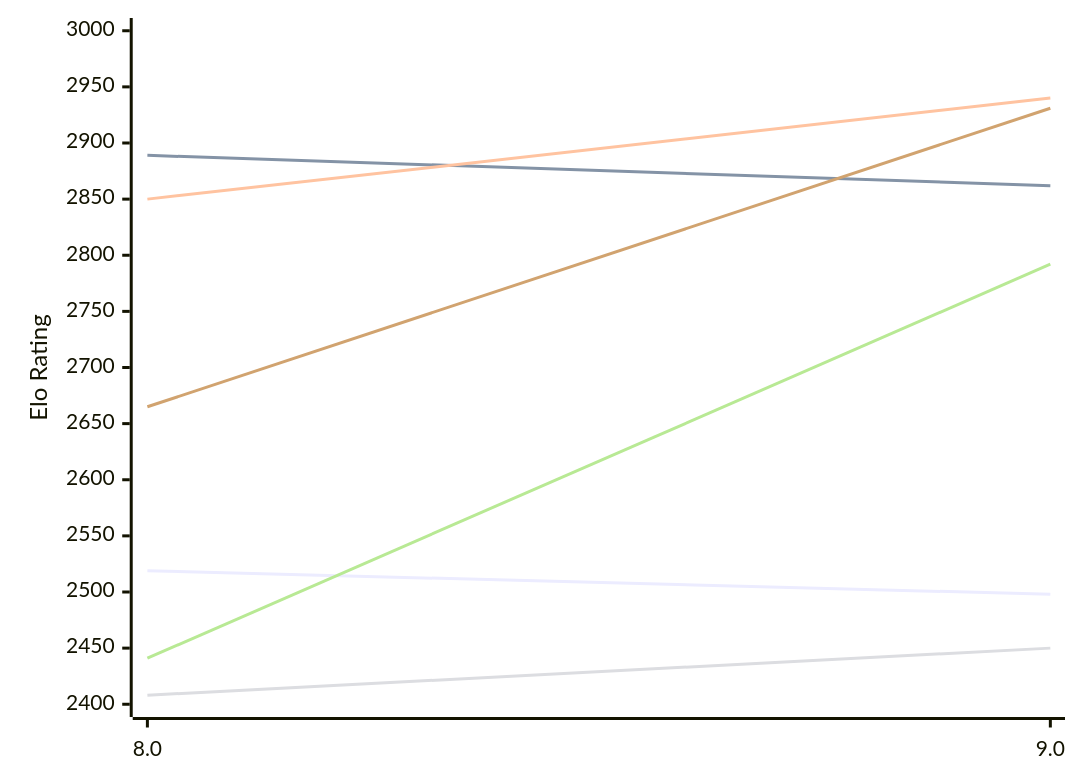
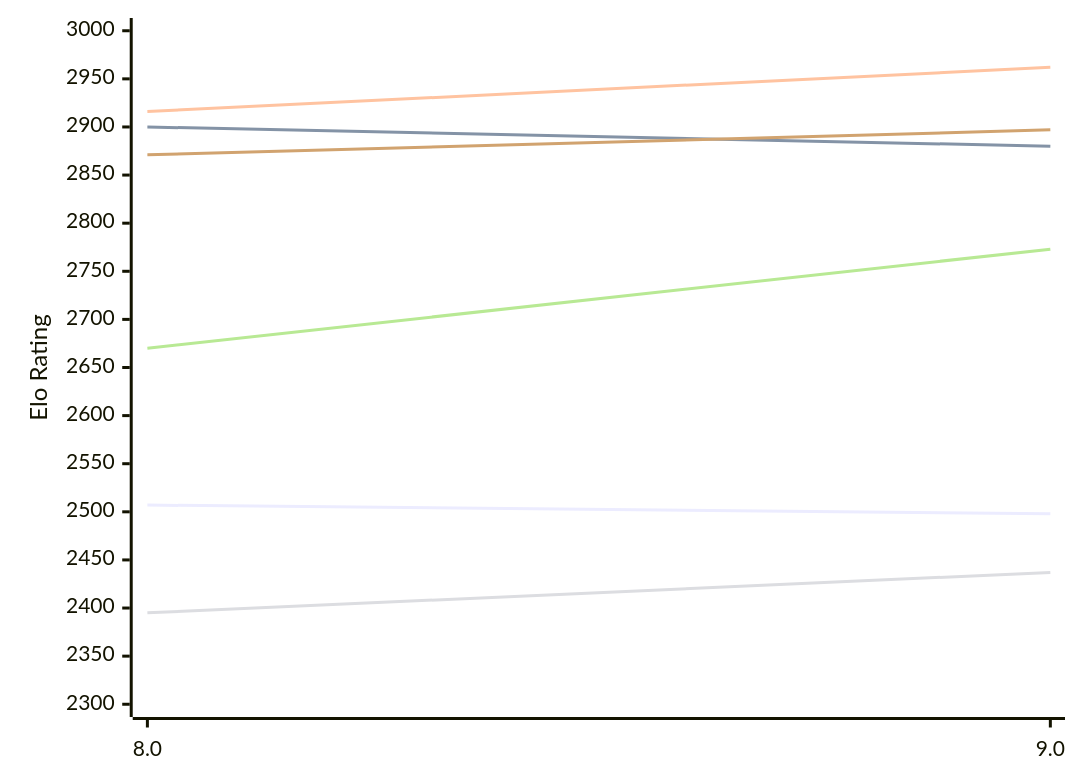
One commit to computer-chess-index/cci changed the first of 2 diagrams in engines/4kc.md. Above: the diagram before and after it, drawn with Mermaid. The commit also changed other lines of this file, not shown here.

Commit message:
Update CCI Ratings (ELO VLTC) - 2026-11-14

````diff
--- a/engines/4kc.md
+++ b/engines/4kc.md
@@ -51,12 +51,12 @@
 ```mermaid
 %%{init: {"theme":"base","themeVariables":{"seriesColors:['#a3a3a3','#222221','#faa371']}}}%%
 xychart-beta
   x-axis ["8.0", "9.0"]
-  y-axis "Elo Rating" 2400 --> 3000
-  line "E1: STC (8.0+0.08s)" [2519, 2498]
-  line "E1: LTC (60.0+0.60s)" [2889, 2862]
-  line "E1: VLTC (2m24s+1.12s)" [2850, 2940]
-  line "P1: STC (8.0+0.08s)" [2408, 2450]
-  line "P1: LTC (60.0+0.60s)" [2441, 2792]
-  line "P1: VLTC (2m24s+1.12s)" [2665, 2931]
+  y-axis "Elo Rating" 2300 --> 3000
+  line "E1: STC (8.0+0.08s)" [2507, 2498]
+  line "E1: LTC (60.0+0.60s)" [2900, 2880]
+  line "E1: VLTC (2m24s+1.12s)" [2916, 2962]
+  line "P1: STC (8.0+0.08s)" [2395, 2437]
+  line "P1: LTC (60.0+0.60s)" [2670, 2773]
+  line "P1: VLTC (2m24s+1.12s)" [2871, 2897]
 ```
````
